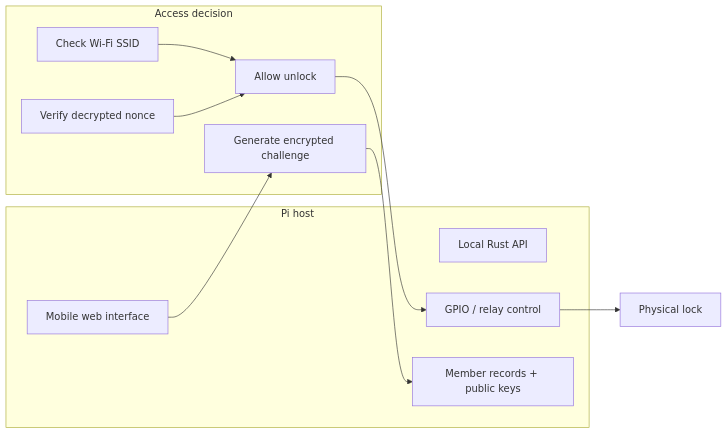
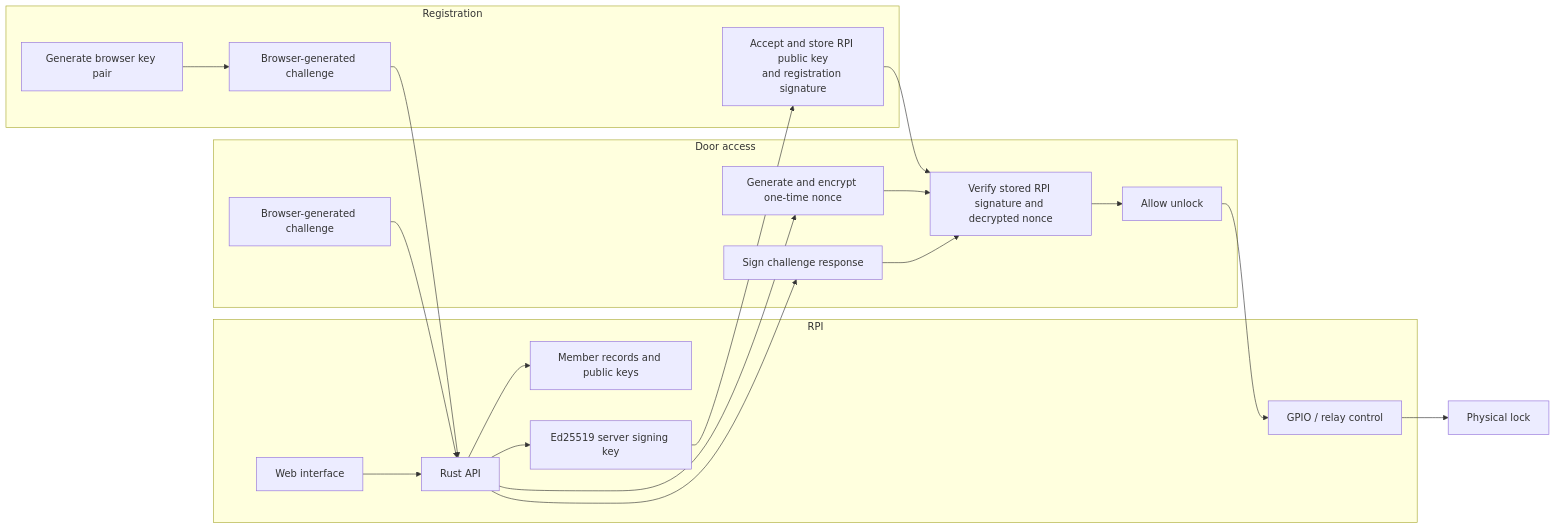
Before and after one commit to tplive/harstadmakers: the fourth of 6 diagrams in architecture-diagrams.md, drawn with Mermaid. The commit also changed other lines of this file, not shown here.

Commit message:
Oppdatere arkitekturdiagram

````diff
--- a/architecture-diagrams.md
+++ b/architecture-diagrams.md
@@ -79,23 +96,40 @@
 ```mermaid
 flowchart LR
-    subgraph PiHost[Pi host]
-        WebUI[Mobile web interface]
-        RustAPI[Local Rust API]
-        DB[Member records + public keys]
+    subgraph RPIHost[RPI]
+        WebUI[Web interface]
+        RustAPI[Rust API]
+        MemberData[Member records and public keys]
+        ServerKey[Ed25519 server signing key]
         Controller[GPIO / relay control]
     end
 
-    subgraph AccessFlow[Access decision]
-        SSID[Check Wi‑Fi SSID]
-        Challenge[Generate encrypted challenge]
-        Verify[Verify decrypted nonce]
+    subgraph Registration[Registration]
+        BrowserKey[Generate browser key pair]
+        RegistrationChallenge[Browser-generated challenge]
+        RPITrust[Accept and store RPI public key<br/>and registration signature]
+    end
+
+    subgraph AccessFlow[Door access]
+        AccessChallenge[Browser-generated challenge]
+        Nonce[Generate and encrypt one-time nonce]
+        ServerSignature[Sign challenge response]
+        Verify[Verify stored RPI signature and decrypted nonce]
         Allow[Allow unlock]
     end
 
-    WebUI --> Challenge
-    Challenge --> DB
+    WebUI --> RustAPI
+    BrowserKey --> RegistrationChallenge
+    RegistrationChallenge --> RustAPI
+    RustAPI --> ServerKey
+    ServerKey --> RPITrust
+    RustAPI --> MemberData
+    AccessChallenge --> RustAPI
+    RustAPI --> Nonce
+    RustAPI --> ServerSignature
+    RPITrust --> Verify
+    Nonce --> Verify
+    ServerSignature --> Verify
     Verify --> Allow
-    SSID --> Allow
     Allow --> Controller
     Controller --> Door[Physical lock]
 ```
````
